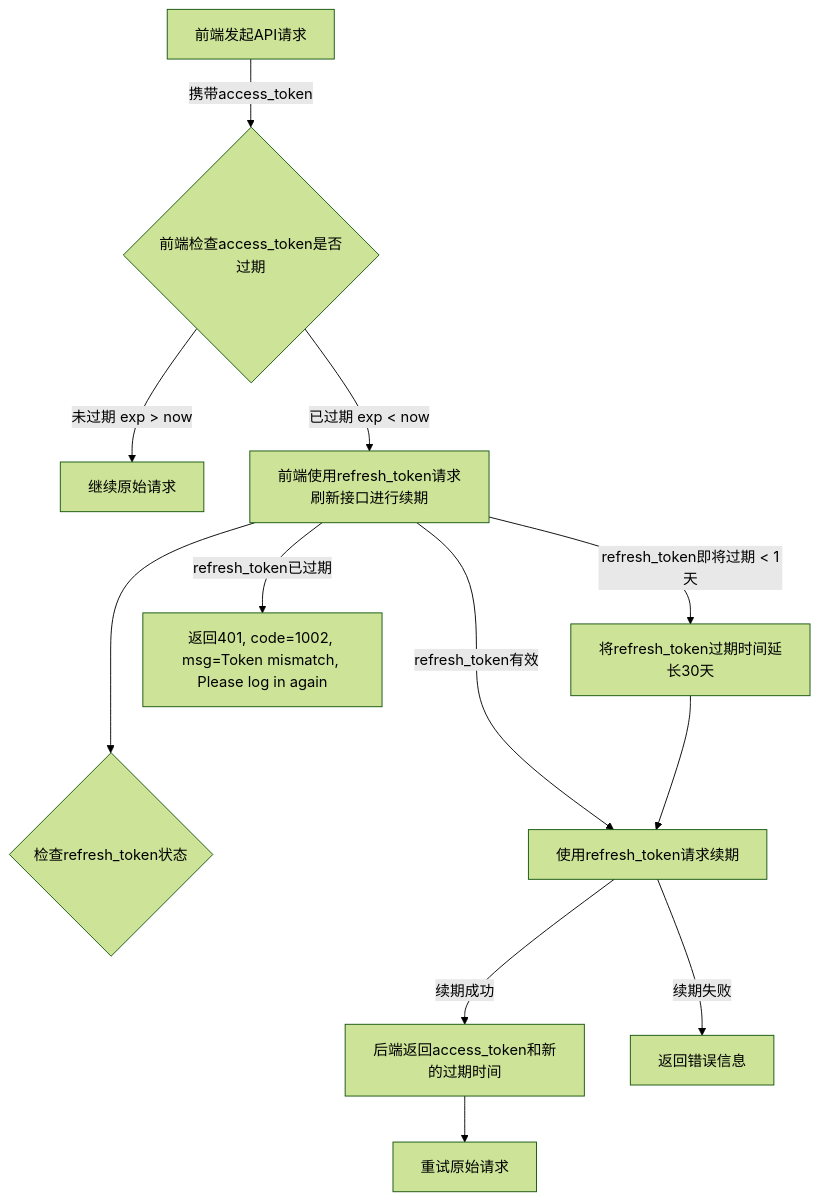
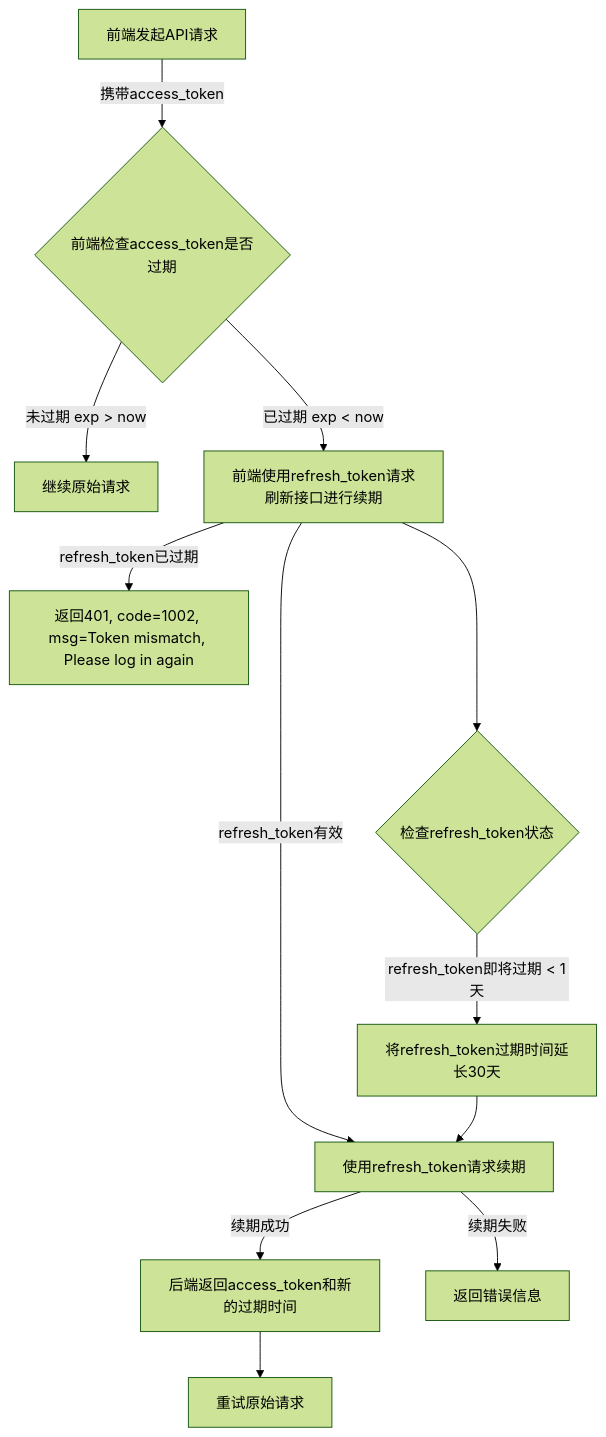
Before and after one commit to yingjianzh/iodraw-files: the diagram in all/openAPI-17.md, drawn with Mermaid (forest theme).

Commit message:
2025-01-08 18:14:17 update

````diff
--- a/all/openAPI-17.md
+++ b/all/openAPI-17.md
@@ -1,15 +1,15 @@
 ```mermaid
 flowchart TD
     A[前端发起API请求] -->|携带access_token| B{前端检查access_token是否过期}
     B -->|未过期 exp > now| C[继续原始请求]
     B -->|已过期 exp < now| D[前端使用refresh_token请求刷新接口进行续期]
     D ---> L{检查refresh_token状态}
-    D -->|refresh_token即将过期 < 1天| E[将refresh_token过期时间延长30天]
+    L -->|refresh_token即将过期 < 1天| E[将refresh_token过期时间延长30天]
     D -->|refresh_token已过期| F[返回401, code=1002, msg=Token mismatch, Please log in again]
     D -->|refresh_token有效| G[使用refresh_token请求续期]
     G -->|续期成功| H[后端返回access_token和新的过期时间]
     G -->|续期失败| I[返回错误信息]
     H --> J[重试原始请求]
     E --> G
 
 ```
````
